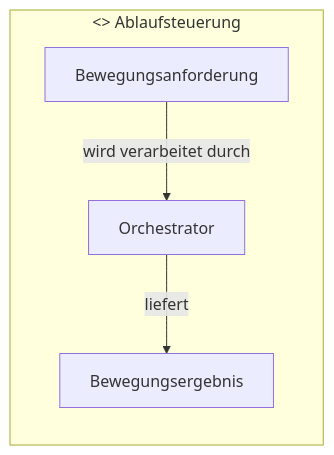
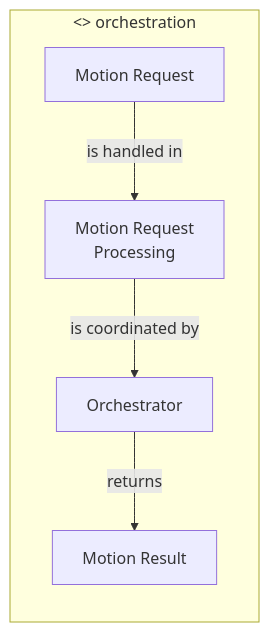
The third of 7 diagrams in doc/projektbeschreibung.md (butz1999/inverse_kinematik), drawn with Mermaid before and after one commit. The commit also changed other lines of this file, not shown here.

````diff
--- a/doc/projektbeschreibung.md
+++ b/doc/projektbeschreibung.md
@@ -379,11 +383,13 @@
 ```mermaid
 flowchart LR
-    subgraph CTRL["<<component>> Ablaufsteuerung"]
+    subgraph CTRL["<<component>> orchestration"]
         B1[Orchestrator]
-        B2[Bewegungsanforderung]
-        B3[Bewegungsergebnis]
+        B2[Motion Request]
+        B3[Motion Result]
+        B4[Motion Request\nProcessing]
 
-        B2 -->|wird verarbeitet durch| B1
-        B1 -->|liefert| B3
+        B2 -->|is handled in| B4
+        B4 -->|is coordinated by| B1
+        B1 -->|returns| B3
     end
 ```
````
